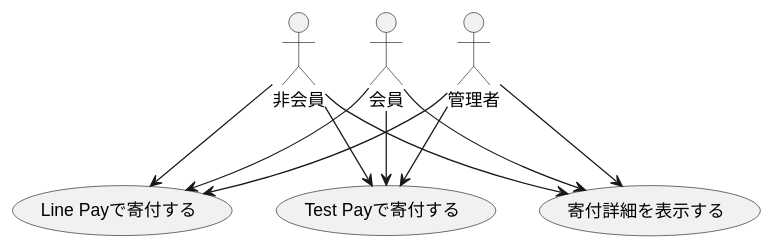
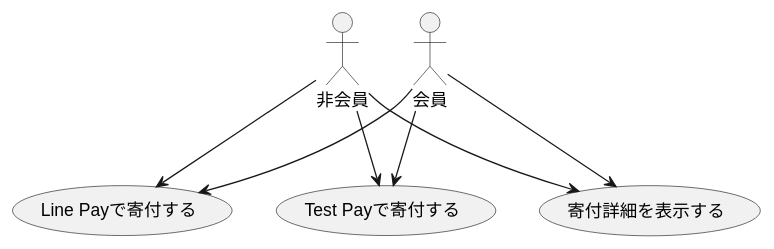
The diagram in sphinx/system_requirement/page/all/donation/index.rst (ahyaemon/bancha_books), drawn with PlantUML before and after one commit. The commit also changed 37 other files, not shown here.

```diff
--- a/sphinx/system_requirement/page/all/donation/index.rst
+++ b/sphinx/system_requirement/page/all/donation/index.rst
@@ -6,21 +6,17 @@
 .. uml::
 
   actor :非会員: as Non
   actor :会員: as General
-  actor :管理者: as Admin
   
   (Line Payで寄付する) as (Donate as Line Pay)
   (Test Payで寄付する) as (Donate as Test Pay)
   (寄付詳細を表示する) as (Show Donation Details)
 
   Non --> (Donate as Line Pay)
   General --> (Donate as Line Pay)
-  Admin --> (Donate as Line Pay)
 
   Non --> (Donate as Test Pay)
   General --> (Donate as Test Pay)
-  Admin --> (Donate as Test Pay)
 
   Non --> (Show Donation Details)
   General --> (Show Donation Details)
-  Admin --> (Show Donation Details)
```
